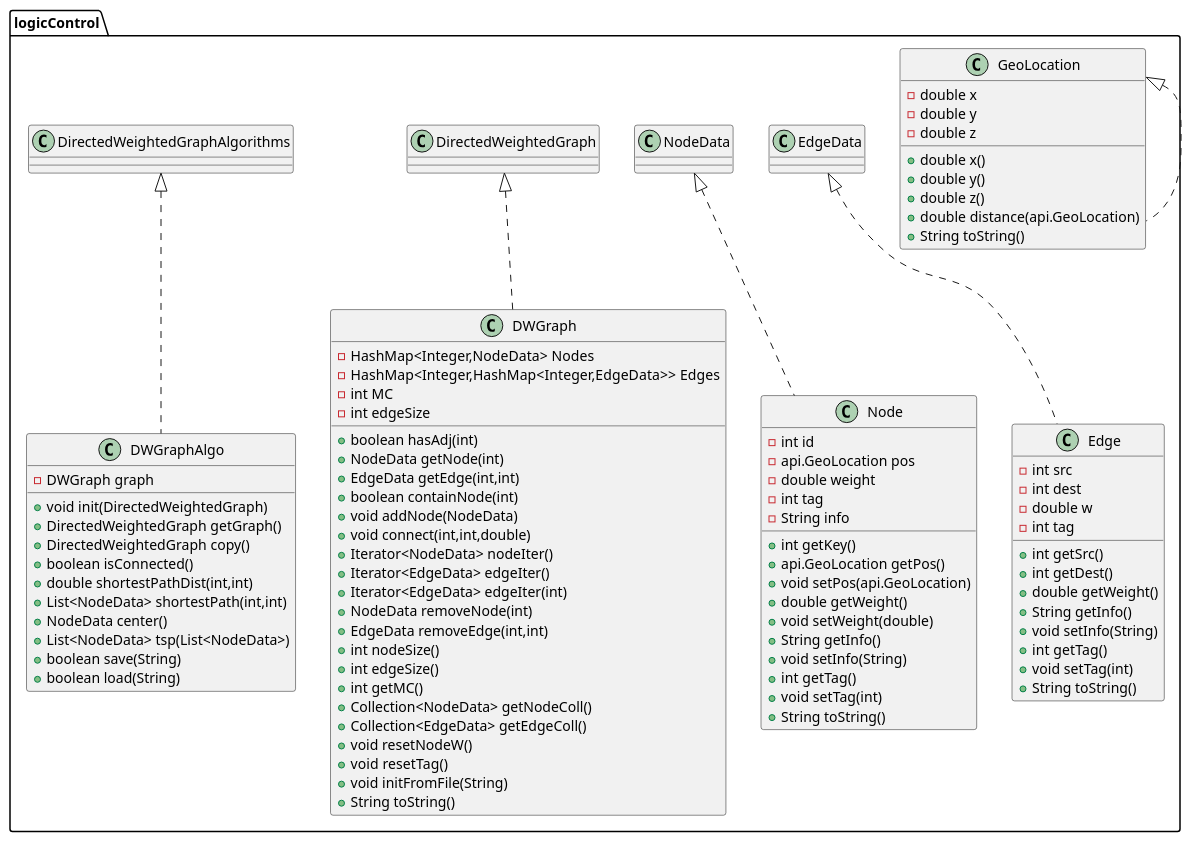
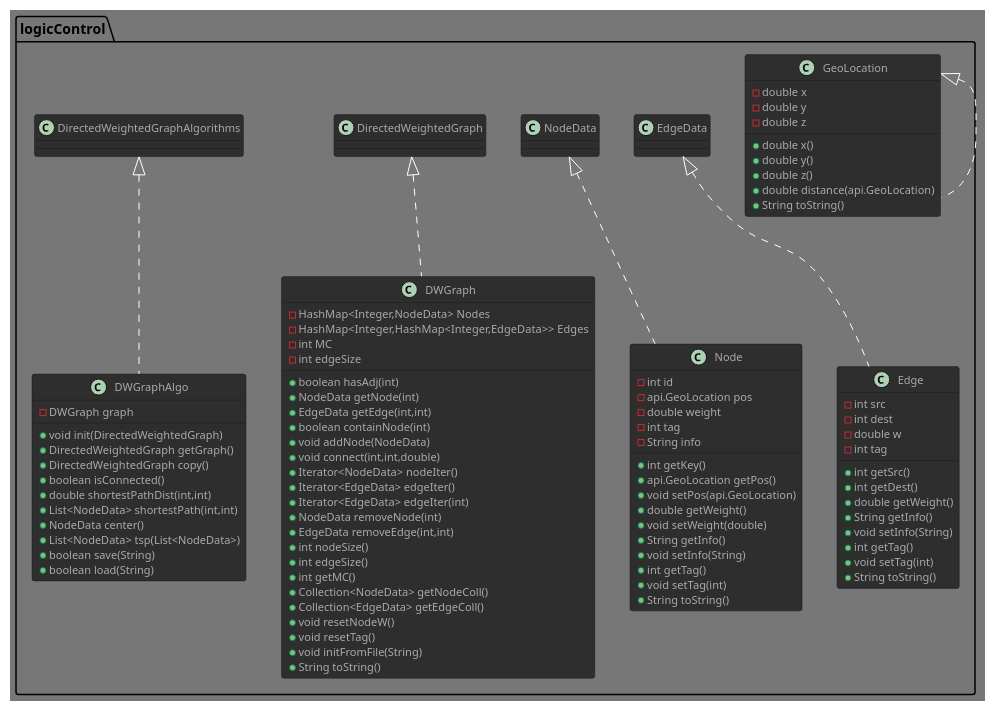
One commit to eladsez/Weighted-directed-graphs changed the diagram in try2.puml. Above: the diagram before and after it, drawn with PlantUML.

```diff
--- a/try2.puml
+++ b/try2.puml
@@ -1,89 +1,90 @@
 @startuml
+!theme reddress-darkblue
 class logicControl.Edge {
 - int src
 - int dest
 - double w
 - int tag
 + int getSrc()
 + int getDest()
 + double getWeight()
 + String getInfo()
 + void setInfo(String)
 + int getTag()
 + void setTag(int)
 + String toString()
 }
 class logicControl.Node {
 - int id
 - api.GeoLocation pos
 - double weight
 - int tag
 - String info
 + int getKey()
 + api.GeoLocation getPos()
 + void setPos(api.GeoLocation)
 + double getWeight()
 + void setWeight(double)
 + String getInfo()
 + void setInfo(String)
 + int getTag()
 + void setTag(int)
 + String toString()
 }
 class logicControl.DWGraph {
 - HashMap<Integer,NodeData> Nodes
 - HashMap<Integer,HashMap<Integer,EdgeData>> Edges
 - int MC
 - int edgeSize
 + boolean hasAdj(int)
 + NodeData getNode(int)
 + EdgeData getEdge(int,int)
 + boolean containNode(int)
 + void addNode(NodeData)
 + void connect(int,int,double)
 + Iterator<NodeData> nodeIter()
 + Iterator<EdgeData> edgeIter()
 + Iterator<EdgeData> edgeIter(int)
 + NodeData removeNode(int)
 + EdgeData removeEdge(int,int)
 + int nodeSize()
 + int edgeSize()
 + int getMC()
 + Collection<NodeData> getNodeColl()
 + Collection<EdgeData> getEdgeColl()
 + void resetNodeW()
 + void resetTag()
 + void initFromFile(String)
 + String toString()
 }
 class logicControl.DWGraphAlgo {
 - DWGraph graph
 + void init(DirectedWeightedGraph)
 + DirectedWeightedGraph getGraph()
 + DirectedWeightedGraph copy()
 + boolean isConnected()
 + double shortestPathDist(int,int)
 + List<NodeData> shortestPath(int,int)
 + NodeData center()
 + List<NodeData> tsp(List<NodeData>)
 + boolean save(String)
 + boolean load(String)
 }
 class logicControl.GeoLocation {
 - double x
 - double y
 - double z
 + double x()
 + double y()
 + double z()
 + double distance(api.GeoLocation)
 + String toString()
 }
 
 
 logicControl.EdgeData <|.. logicControl.Edge
 logicControl.NodeData <|.. logicControl.Node
 logicControl.DirectedWeightedGraph <|.. logicControl.DWGraph
 logicControl.DirectedWeightedGraphAlgorithms <|.. logicControl.DWGraphAlgo
 logicControl.GeoLocation <|.. logicControl.GeoLocation
 @enduml
```
